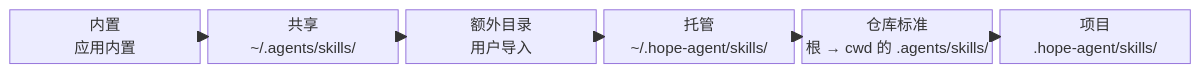
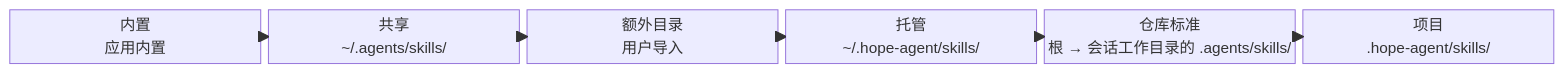
Before and after one commit to shiwenwen/hope-agent: the third of 19 diagrams in docs/architecture/agent/skill-system.md, drawn with Mermaid. The commit also changed other lines of this file and 18 other files, not shown here.

````diff
--- a/docs/architecture/agent/skill-system.md
+++ b/docs/architecture/agent/skill-system.md
@@ -176,15 +176,15 @@
 ```mermaid
 block-beta
     columns 6
     B["内置<br/>应用内置"]
     S["共享<br/>~/.agents/skills/"]
     E["额外目录<br/>用户导入"]
     M["托管<br/>~/.hope-agent/skills/"]
-    R["仓库标准<br/>根 → cwd 的 .agents/skills/"]
+    R["仓库标准<br/>根 → 会话工作目录的 .agents/skills/"]
     P["项目<br/>.hope-agent/skills/"]
     B --> S
     S --> E
     E --> M
     M --> R
     R --> P
 ```
````
